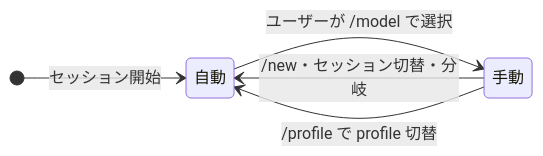
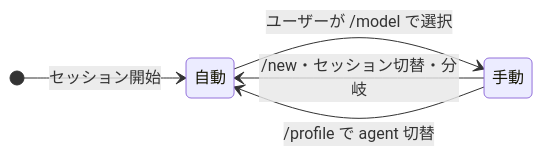
The first of 3 diagrams in dotfiles/.pi/agent/extensions.exact/profile/SPEC.md (CatBraaain/dotfiles), drawn with Mermaid before and after one commit. The commit also changed other lines of this file and 4 other files, not shown here.

Commit message:
refactor(pi): rename profile concept to agent

````diff
--- a/dotfiles/.pi/agent/extensions.exact/profile/SPEC.md
+++ b/dotfiles/.pi/agent/extensions.exact/profile/SPEC.md
@@ -116,8 +117,8 @@
 ```mermaid
 stateDiagram-v2
     direction LR
     [*] --> 自動: セッション開始
     自動 --> 手動: ユーザーが /model で選択
     手動 --> 自動: /new・セッション切替・分岐
-    手動 --> 自動: /profile で profile 切替
+    手動 --> 自動: /profile で agent 切替
 ```
````
